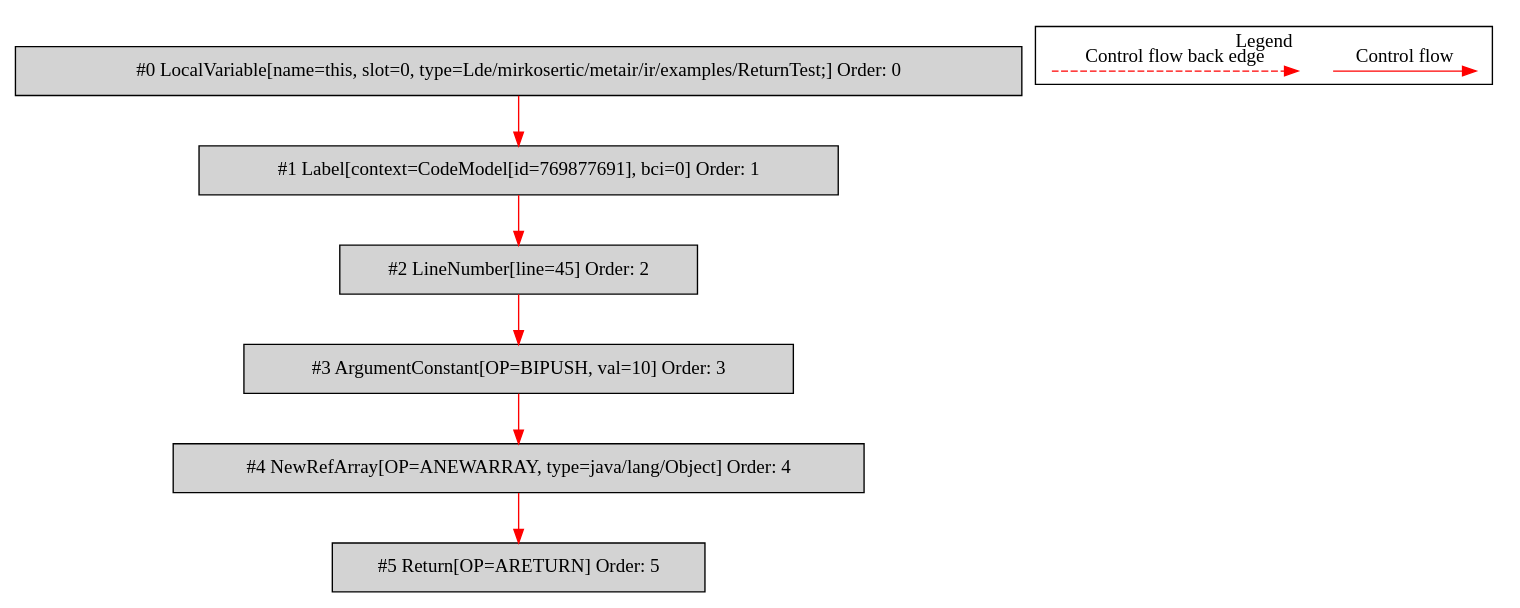
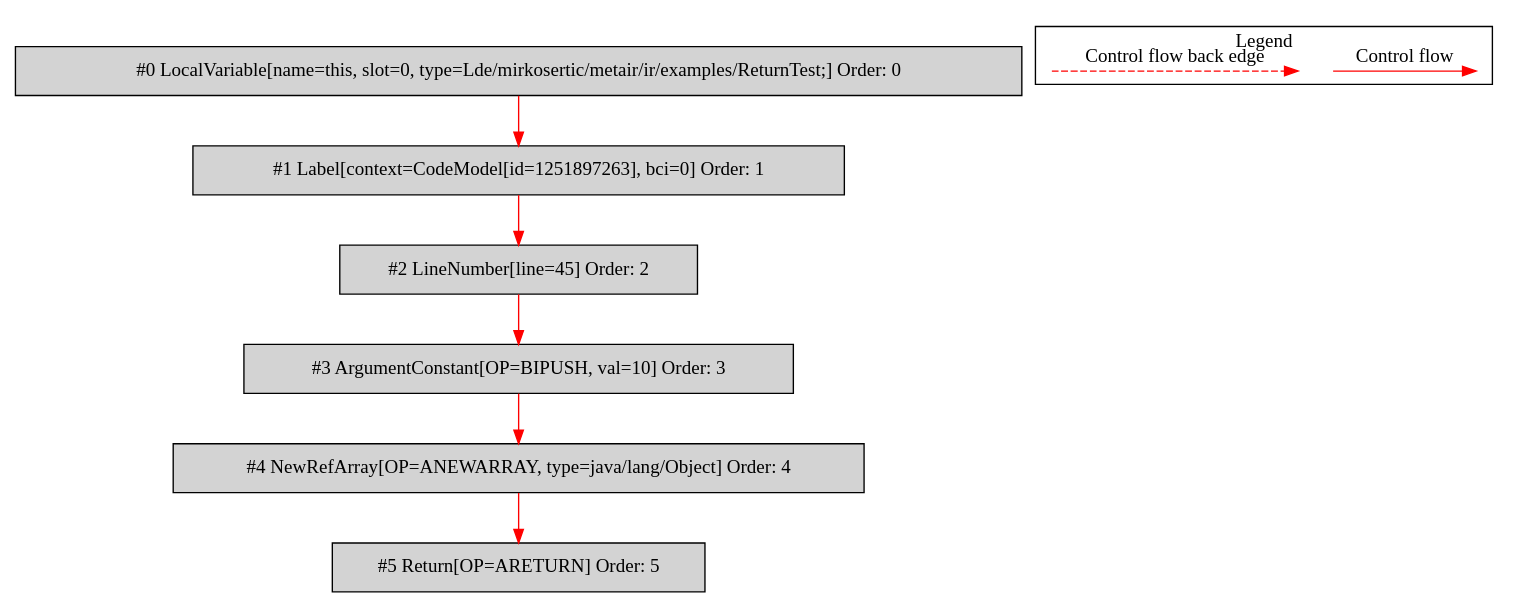
Before and after one commit to mirkosertic/MetaIR: the diagram in de.mirkosertic.metair.ir.examples.ReturnTest/returnArray/bytecodecfg.dot, drawn with Graphviz. The commit also changed 27 other files, not shown here.

```diff
--- a/de.mirkosertic.metair.ir.examples.ReturnTest/returnArray/bytecodecfg.dot
+++ b/de.mirkosertic.metair.ir.examples.ReturnTest/returnArray/bytecodecfg.dot
@@ -1,27 +1,27 @@
 digraph {
  node0[label="#0 LocalVariable[name=this, slot=0, type=Lde/mirkosertic/metair/ir/examples/ReturnTest;] Order: 0", shape=box, fillcolor=lightgrey, style=filled];
- node1[label="#1 Label[context=CodeModel[id=769877691], bci=0] Order: 1", shape=box, fillcolor=lightgrey, style=filled];
+ node1[label="#1 Label[context=CodeModel[id=1251897263], bci=0] Order: 1", shape=box, fillcolor=lightgrey, style=filled];
  node2[label="#2 LineNumber[line=45] Order: 2", shape=box, fillcolor=lightgrey, style=filled];
  node3[label="#3 ArgumentConstant[OP=BIPUSH, val=10] Order: 3", shape=box, fillcolor=lightgrey, style=filled];
  node4[label="#4 NewRefArray[OP=ANEWARRAY, type=java/lang/Object] Order: 4", shape=box, fillcolor=lightgrey, style=filled];
  node5[label="#5 Return[OP=ARETURN] Order: 5", shape=box, fillcolor=lightgrey, style=filled];
  node0 -> node1[color=red];
  node1 -> node2[color=red];
  node2 -> node3[color=red];
  node3 -> node4[color=red];
  node4 -> node5[color=red];
  subgraph cluster_000 {
   label = "Legend";
   node [shape=point]
   {
    rank=same;
    c0 [style = invis];
    c1 [style = invis];
    c2 [style = invis];
    c3 [style = invis];
   }
   c0 -> c1 [label="Control flow", style=solid, color=red]
   c2 -> c3 [label="Control flow back edge", style=dashed, color=red]
  }
 
 }
```
